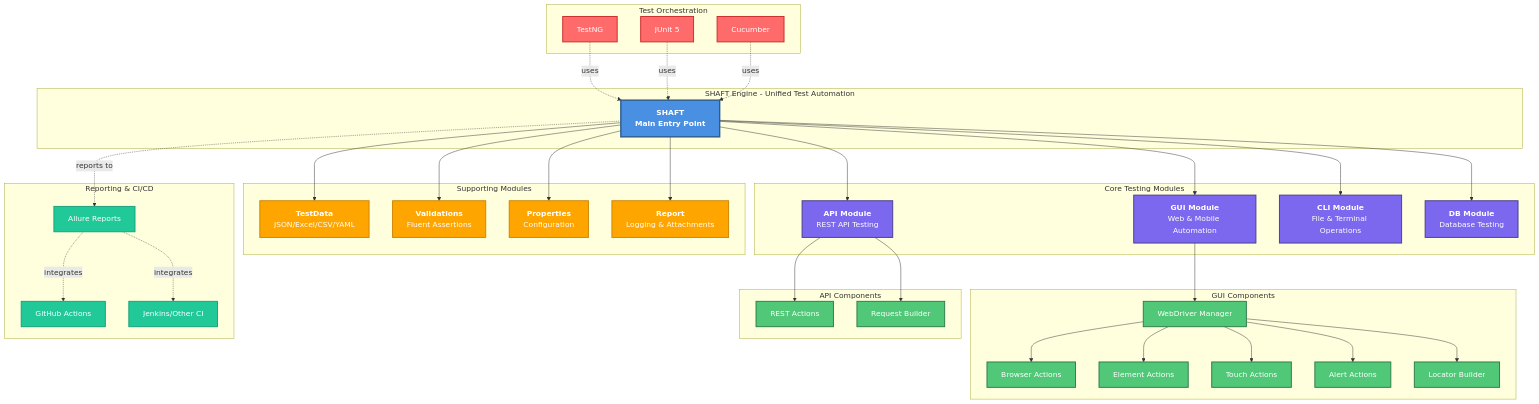
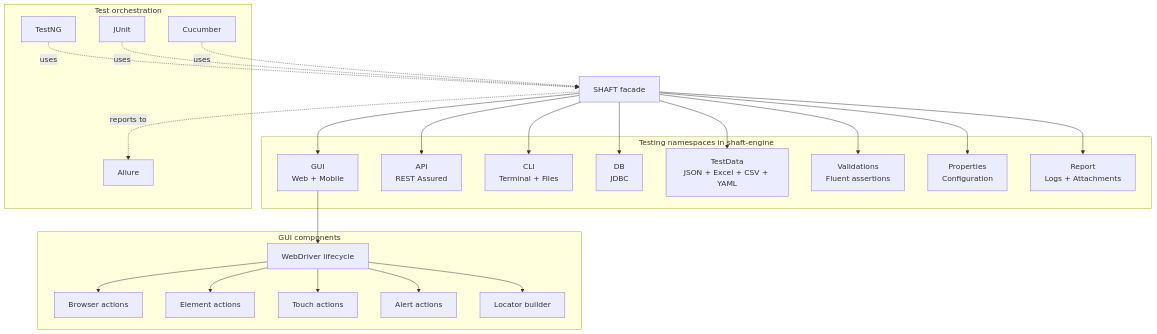
One commit to ShaftHQ/SHAFT_ENGINE changed the second of 2 diagrams in docs/ARCHITECTURE.md. Above: the diagram before and after it, drawn with Mermaid. The commit also changed other lines of this file and 107 other files, not shown here.

````diff
--- a/docs/ARCHITECTURE.md
+++ b/docs/ARCHITECTURE.md
@@ -7,49 +47,34 @@
 ```mermaid
 graph TB
-    subgraph "SHAFT Engine - Unified Test Automation"
-        SHAFT[<b>SHAFT</b><br/>Main Entry Point]
+    SHAFT["SHAFT facade"]
+
+    subgraph "Testing namespaces in shaft-engine"
+        GUI["GUI<br/>Web + Mobile"]
+        API["API<br/>REST Assured"]
+        CLI["CLI<br/>Terminal + Files"]
+        DB["DB<br/>JDBC"]
+        TestData["TestData<br/>JSON + Excel + CSV + YAML"]
+        Validations["Validations<br/>Fluent assertions"]
+        Properties["Properties<br/>Configuration"]
+        Report["Report<br/>Logs + Attachments"]
     end
-    
-    subgraph "Core Testing Modules"
-        GUI[<b>GUI Module</b><br/>Web & Mobile Automation]
-        API[<b>API Module</b><br/>REST API Testing]
-        CLI[<b>CLI Module</b><br/>File & Terminal Operations]
-        DB[<b>DB Module</b><br/>Database Testing]
+
+    subgraph "GUI components"
+        WebDriver["WebDriver lifecycle"]
+        Browser["Browser actions"]
+        Element["Element actions"]
+        Touch["Touch actions"]
+        Alert["Alert actions"]
+        Locator["Locator builder"]
     end
-    
-    subgraph "GUI Components"
-        WebDriver[WebDriver Manager]
-        Browser[Browser Actions]
-        Element[Element Actions]
-        Touch[Touch Actions]
-        Alert[Alert Actions]
-        Locator[Locator Builder]
+
+    subgraph "Test orchestration"
+        TestNG["TestNG"]
+        JUnit["JUnit"]
+        Cucumber["Cucumber"]
+        Allure["Allure"]
     end
-    
-    subgraph "API Components"
-        RestActions[REST Actions]
-        RequestBuilder[Request Builder]
-    end
-    
-    subgraph "Supporting Modules"
-        TestData[<b>TestData</b><br/>JSON/Excel/CSV/YAML]
-        Validations[<b>Validations</b><br/>Fluent Assertions]
-        Properties[<b>Properties</b><br/>Configuration]
-        Report[<b>Report</b><br/>Logging & Attachments]
-    end
-    
-    subgraph "Test Orchestration"
-        TestNG[TestNG]
-        JUnit[JUnit 5]
-        Cucumber[Cucumber]
-    end
-    
-    subgraph "Reporting & CI/CD"
-        Allure[Allure Reports]
-        GitHub[GitHub Actions]
-        Jenkins[Jenkins/Other CI]
-    end
-    
+
     SHAFT --> GUI
     SHAFT --> API
     SHAFT --> CLI
@@ -58,36 +83,16 @@
     SHAFT --> Validations
     SHAFT --> Properties
     SHAFT --> Report
-    
+
     GUI --> WebDriver
     WebDriver --> Browser
     WebDriver --> Element
     WebDriver --> Touch
     WebDriver --> Alert
     WebDriver --> Locator
-    
-    API --> RestActions
-    API --> RequestBuilder
-    
+
     TestNG -.->|uses| SHAFT
     JUnit -.->|uses| SHAFT
     Cucumber -.->|uses| SHAFT
-    
     SHAFT -.->|reports to| Allure
-    Allure -.->|integrates| GitHub
-    Allure -.->|integrates| Jenkins
-    
-    classDef coreModule fill:#4a90e2,stroke:#2e5c8a,stroke-width:3px,color:#fff,font-weight:bold
-    classDef testingModule fill:#7b68ee,stroke:#483d8b,stroke-width:2px,color:#fff
-    classDef component fill:#50c878,stroke:#2d7a4a,stroke-width:2px,color:#fff
-    classDef support fill:#ffa500,stroke:#cc8400,stroke-width:2px,color:#fff
-    classDef orchestration fill:#ff6b6b,stroke:#c92a2a,stroke-width:2px,color:#fff
-    classDef reporting fill:#20c997,stroke:#17a078,stroke-width:2px,color:#fff
-    
-    class SHAFT coreModule
-    class GUI,API,CLI,DB testingModule
-    class WebDriver,Browser,Element,Touch,Alert,Locator,RestActions,RequestBuilder component
-    class TestData,Validations,Properties,Report support
-    class TestNG,JUnit,Cucumber orchestration
-    class Allure,GitHub,Jenkins reporting
 ```
````
